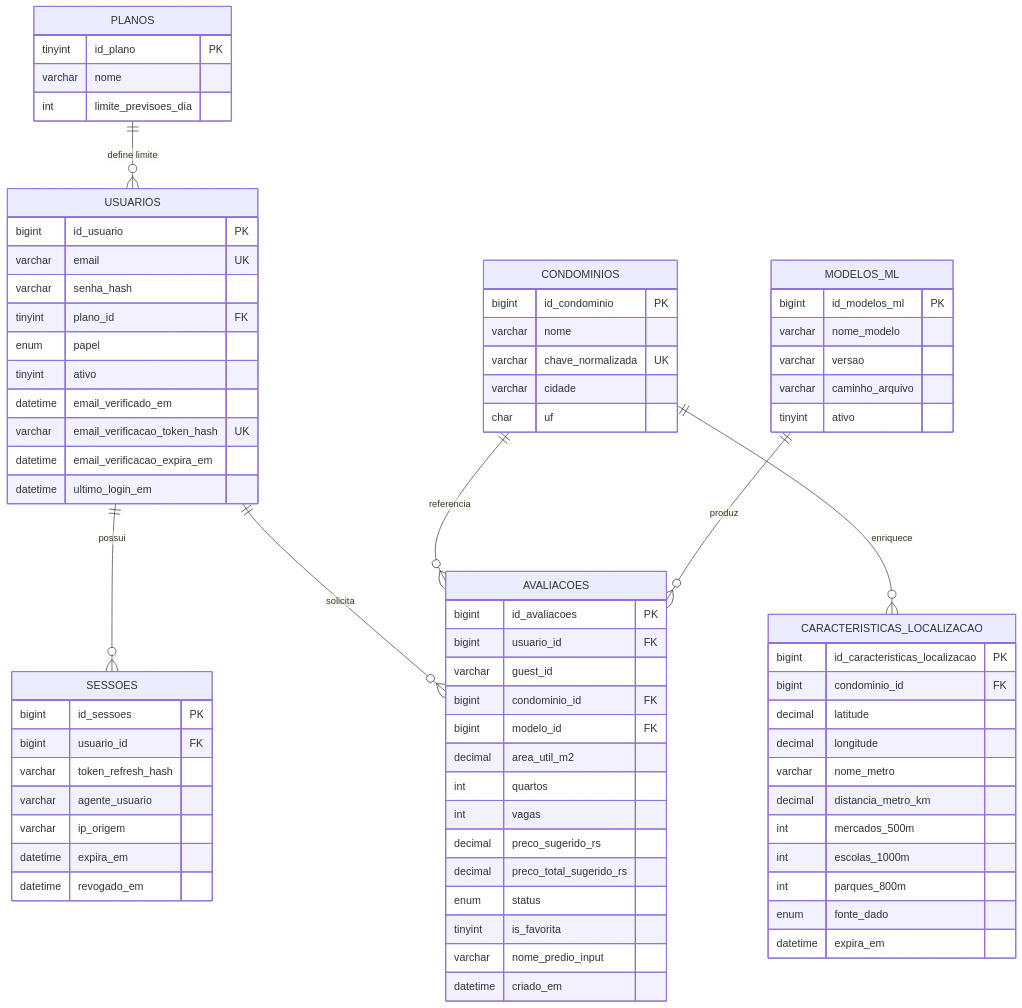
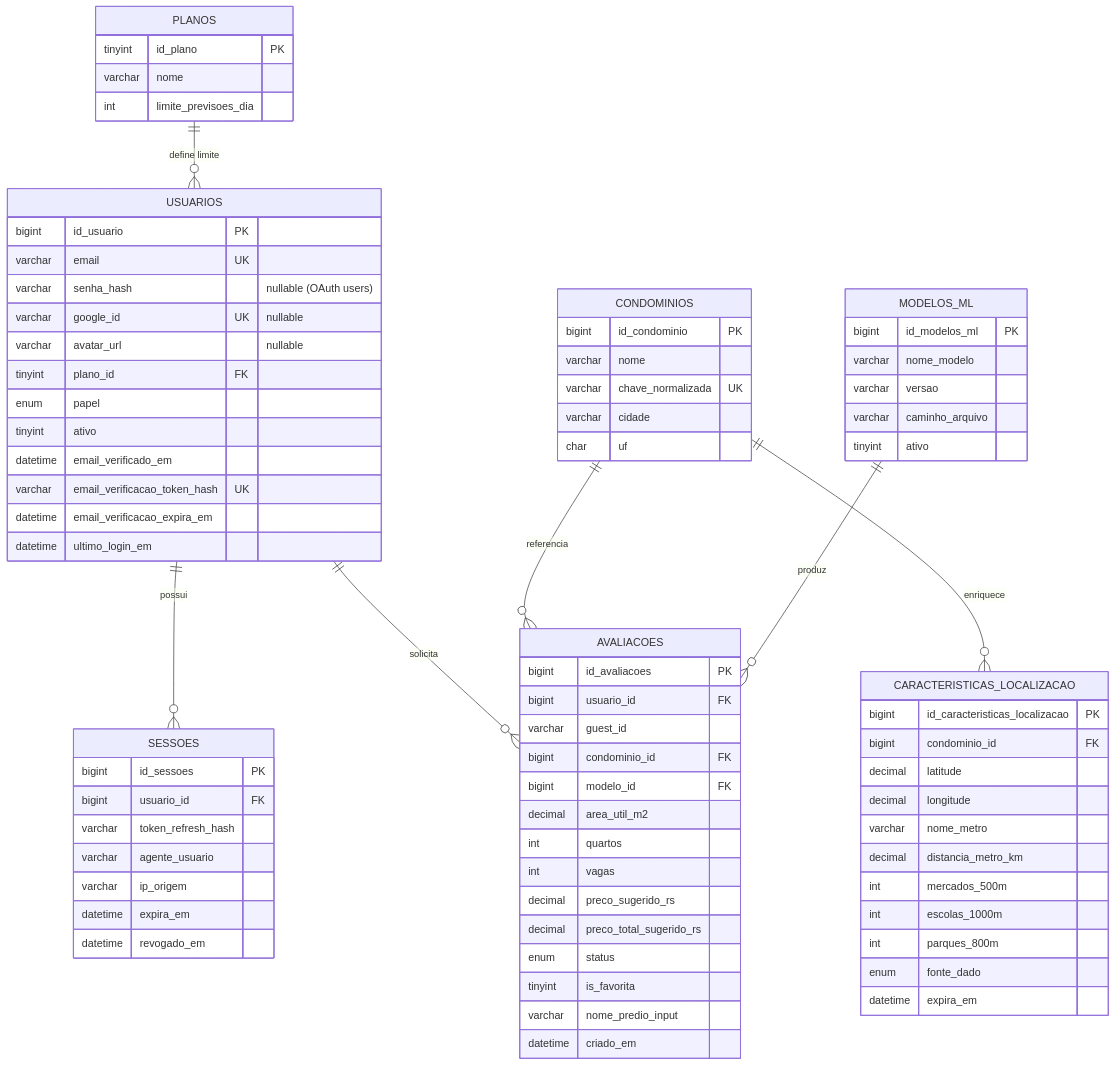
Before and after one commit to joseguilherme01/Prevismob: the diagram in README_ARQUITETURA.md, drawn with Mermaid. The commit also changed other lines of this file and 184 other files, not shown here.

Commit message:
feat: reestrutura frontend para multi-page, adiciona Google OAuth, histórico, comparação e documentos de teste

````diff
--- a/README_ARQUITETURA.md
+++ b/README_ARQUITETURA.md
@@ -190,79 +236,81 @@
 ```mermaid
 erDiagram
     PLANOS ||--o{ USUARIOS : "define limite"
     USUARIOS ||--o{ SESSOES : "possui"
     USUARIOS ||--o{ AVALIACOES : "solicita"
     CONDOMINIOS ||--o{ AVALIACOES : "referencia"
     MODELOS_ML ||--o{ AVALIACOES : "produz"
     CONDOMINIOS ||--o{ CARACTERISTICAS_LOCALIZACAO : "enriquece"
 
     PLANOS {
         tinyint id_plano PK
         varchar nome
         int limite_previsoes_dia
     }
     USUARIOS {
         bigint id_usuario PK
         varchar email UK
-        varchar senha_hash
+        varchar senha_hash "nullable (OAuth users)"
+        varchar google_id UK "nullable"
+        varchar avatar_url "nullable"
         tinyint plano_id FK
         enum papel
         tinyint ativo
         datetime email_verificado_em
         varchar email_verificacao_token_hash UK
         datetime email_verificacao_expira_em
         datetime ultimo_login_em
     }
     SESSOES {
         bigint id_sessoes PK
         bigint usuario_id FK
         varchar token_refresh_hash
         varchar agente_usuario
         varchar ip_origem
         datetime expira_em
         datetime revogado_em
     }
     CONDOMINIOS {
         bigint id_condominio PK
         varchar nome
         varchar chave_normalizada UK
         varchar cidade
         char uf
     }
     CARACTERISTICAS_LOCALIZACAO {
         bigint id_caracteristicas_localizacao PK
         bigint condominio_id FK
         decimal latitude
         decimal longitude
         varchar nome_metro
         decimal distancia_metro_km
         int mercados_500m
         int escolas_1000m
         int parques_800m
         enum fonte_dado
         datetime expira_em
     }
     MODELOS_ML {
         bigint id_modelos_ml PK
         varchar nome_modelo
         varchar versao
         varchar caminho_arquivo
         tinyint ativo
     }
     AVALIACOES {
         bigint id_avaliacoes PK
         bigint usuario_id FK
         varchar guest_id
         bigint condominio_id FK
         bigint modelo_id FK
         decimal area_util_m2
         int quartos
         int vagas
         decimal preco_sugerido_rs
         decimal preco_total_sugerido_rs
         enum status
         tinyint is_favorita
         varchar nome_predio_input
         datetime criado_em
     }
 ```
````
